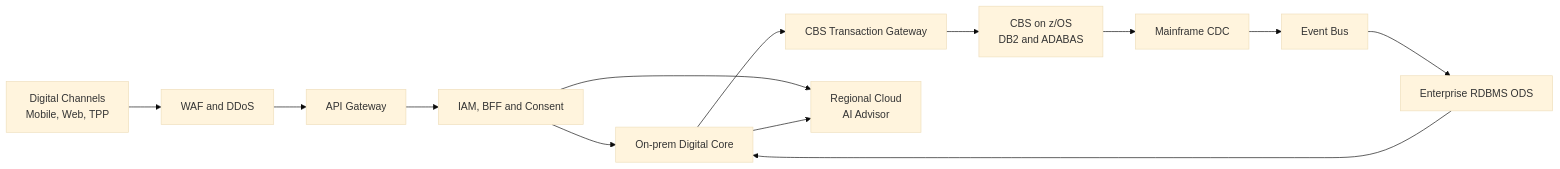
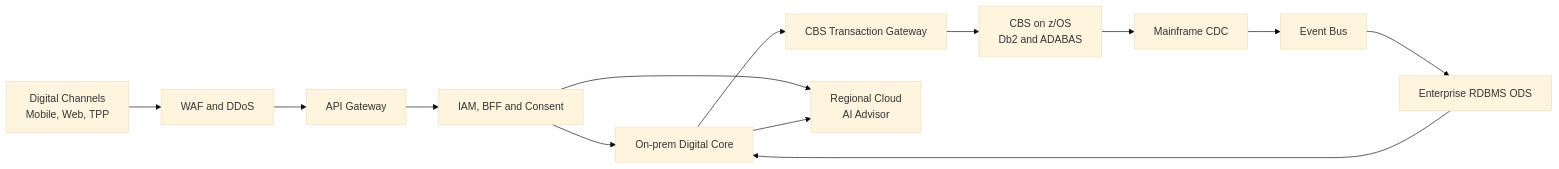
One commit to pikos-apikos/ge-architecture-project changed the diagram in docs/diagrams/01-high-level-solution.mmd. Above: the diagram before and after it, drawn with Mermaid (base theme). The commit also changed 19 other files, not shown here.

```diff
--- a/docs/diagrams/01-high-level-solution.mmd
+++ b/docs/diagrams/01-high-level-solution.mmd
@@ -1,13 +1,13 @@
 flowchart LR
   CH["Digital Channels<br/>Mobile, Web, TPP"] --> WAF["WAF and DDoS"]
   WAF --> GW["API Gateway"]
   GW --> EDGE["IAM, BFF and Consent"]
   EDGE --> CORE["On-prem Digital Core"]
   CORE --> CBSGW["CBS Transaction Gateway"]
-  CBSGW --> CBS["CBS on z/OS<br/>DB2 and ADABAS"]
+  CBSGW --> CBS["CBS on z/OS<br/>Db2 and ADABAS"]
   CBS --> CDC["Mainframe CDC"]
   CDC --> BUS["Event Bus"]
   BUS --> ODS["Enterprise RDBMS ODS"]
   ODS --> CORE
   EDGE --> AI["Regional Cloud<br/>AI Advisor"]
   CORE --> AI
```
